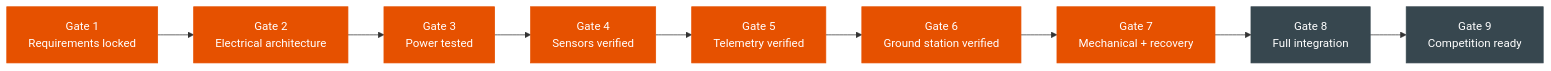
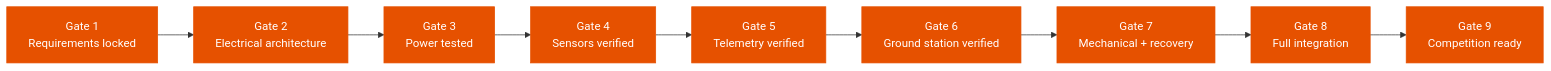
The second of 3 diagrams in documentation/project/timeline.md (KunjSorathiya/CanSat-2026), drawn with Mermaid before and after one commit. The commit also changed other lines of this file and 27 other files, not shown here.

````diff
--- a/documentation/project/timeline.md
+++ b/documentation/project/timeline.md
@@ -212,17 +150,16 @@
 ```mermaid
 flowchart LR
     G1["Gate 1<br/>Requirements locked"] --> G2["Gate 2<br/>Electrical architecture"]
     G2 --> G3["Gate 3<br/>Power tested"]
     G3 --> G4["Gate 4<br/>Sensors verified"]
     G4 --> G5["Gate 5<br/>Telemetry verified"]
     G5 --> G6["Gate 6<br/>Ground station verified"]
     G6 --> G7["Gate 7<br/>Mechanical + recovery"]
     G7 --> G8["Gate 8<br/>Full integration"]
     G8 --> G9["Gate 9<br/>Competition ready"]
 
     classDef done fill:#1b5e20,stroke:#1b5e20,color:#fff
     classDef partial fill:#e65100,stroke:#e65100,color:#fff
     classDef todo fill:#37474f,stroke:#37474f,color:#fff
-    class G1,G2,G3,G4,G5,G6,G7 partial
-    class G8,G9 todo
+    class G1,G2,G3,G4,G5,G6,G7,G8,G9 partial
 ```
````
